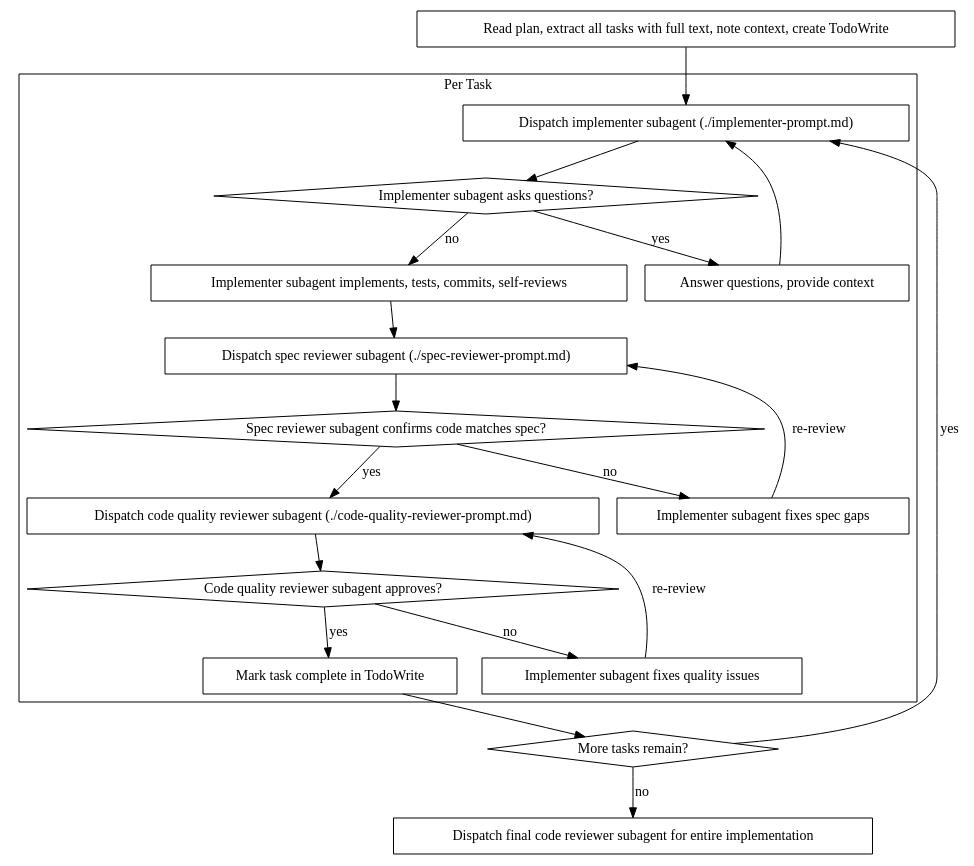
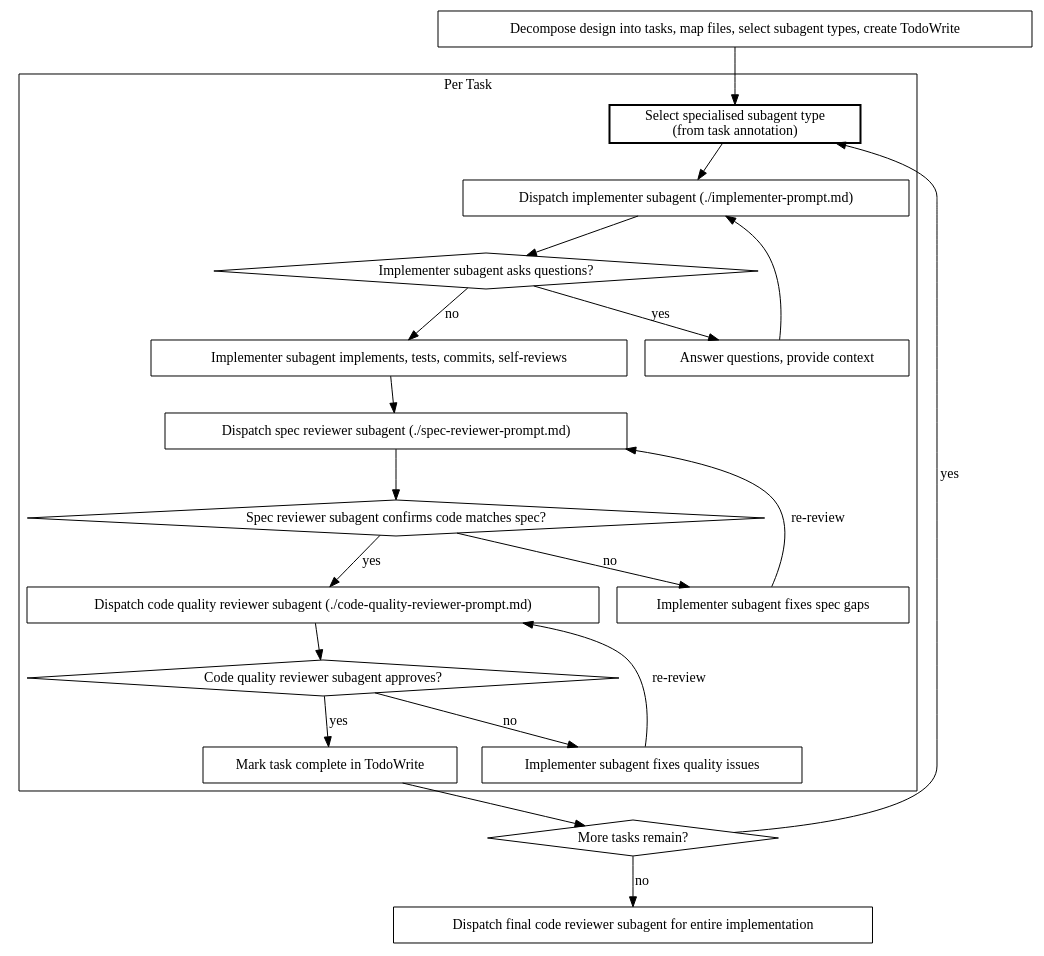
Before and after one commit to philipobenito/dot: the second of 2 diagrams in opencode/.config/opencode/skills/subagent-driven-development/SKILL.md, drawn with Graphviz. The commit also changed other lines of this file and 29 other files, not shown here.

````diff
--- a/opencode/.config/opencode/skills/subagent-driven-development/SKILL.md
+++ b/opencode/.config/opencode/skills/subagent-driven-development/SKILL.md
@@ -37,42 +97,44 @@
 ```dot
 digraph process {
     rankdir=TB;
 
     subgraph cluster_per_task {
         label="Per Task";
+        "Select specialised subagent type\n(from task annotation)" [shape=box, style=bold];
         "Dispatch implementer subagent (./implementer-prompt.md)" [shape=box];
         "Implementer subagent asks questions?" [shape=diamond];
         "Answer questions, provide context" [shape=box];
         "Implementer subagent implements, tests, commits, self-reviews" [shape=box];
         "Dispatch spec reviewer subagent (./spec-reviewer-prompt.md)" [shape=box];
         "Spec reviewer subagent confirms code matches spec?" [shape=diamond];
         "Implementer subagent fixes spec gaps" [shape=box];
         "Dispatch code quality reviewer subagent (./code-quality-reviewer-prompt.md)" [shape=box];
         "Code quality reviewer subagent approves?" [shape=diamond];
         "Implementer subagent fixes quality issues" [shape=box];
         "Mark task complete in TodoWrite" [shape=box];
     }
 
-    "Read plan, extract all tasks with full text, note context, create TodoWrite" [shape=box];
+    "Decompose design into tasks, map files, select subagent types, create TodoWrite" [shape=box];
     "More tasks remain?" [shape=diamond];
     "Dispatch final code reviewer subagent for entire implementation" [shape=box];
 
-    "Read plan, extract all tasks with full text, note context, create TodoWrite" -> "Dispatch implementer subagent (./implementer-prompt.md)";
+    "Decompose design into tasks, map files, select subagent types, create TodoWrite" -> "Select specialised subagent type\n(from task annotation)";
+    "Select specialised subagent type\n(from task annotation)" -> "Dispatch implementer subagent (./implementer-prompt.md)";
     "Dispatch implementer subagent (./implementer-prompt.md)" -> "Implementer subagent asks questions?";
     "Implementer subagent asks questions?" -> "Answer questions, provide context" [label="yes"];
     "Answer questions, provide context" -> "Dispatch implementer subagent (./implementer-prompt.md)";
     "Implementer subagent asks questions?" -> "Implementer subagent implements, tests, commits, self-reviews" [label="no"];
     "Implementer subagent implements, tests, commits, self-reviews" -> "Dispatch spec reviewer subagent (./spec-reviewer-prompt.md)";
     "Dispatch spec reviewer subagent (./spec-reviewer-prompt.md)" -> "Spec reviewer subagent confirms code matches spec?";
     "Spec reviewer subagent confirms code matches spec?" -> "Implementer subagent fixes spec gaps" [label="no"];
     "Implementer subagent fixes spec gaps" -> "Dispatch spec reviewer subagent (./spec-reviewer-prompt.md)" [label="re-review"];
     "Spec reviewer subagent confirms code matches spec?" -> "Dispatch code quality reviewer subagent (./code-quality-reviewer-prompt.md)" [label="yes"];
     "Dispatch code quality reviewer subagent (./code-quality-reviewer-prompt.md)" -> "Code quality reviewer subagent approves?";
     "Code quality reviewer subagent approves?" -> "Implementer subagent fixes quality issues" [label="no"];
     "Implementer subagent fixes quality issues" -> "Dispatch code quality reviewer subagent (./code-quality-reviewer-prompt.md)" [label="re-review"];
     "Code quality reviewer subagent approves?" -> "Mark task complete in TodoWrite" [label="yes"];
     "Mark task complete in TodoWrite" -> "More tasks remain?";
-    "More tasks remain?" -> "Dispatch implementer subagent (./implementer-prompt.md)" [label="yes"];
+    "More tasks remain?" -> "Select specialised subagent type\n(from task annotation)" [label="yes"];
     "More tasks remain?" -> "Dispatch final code reviewer subagent for entire implementation" [label="no"];
 }
 ```
````
